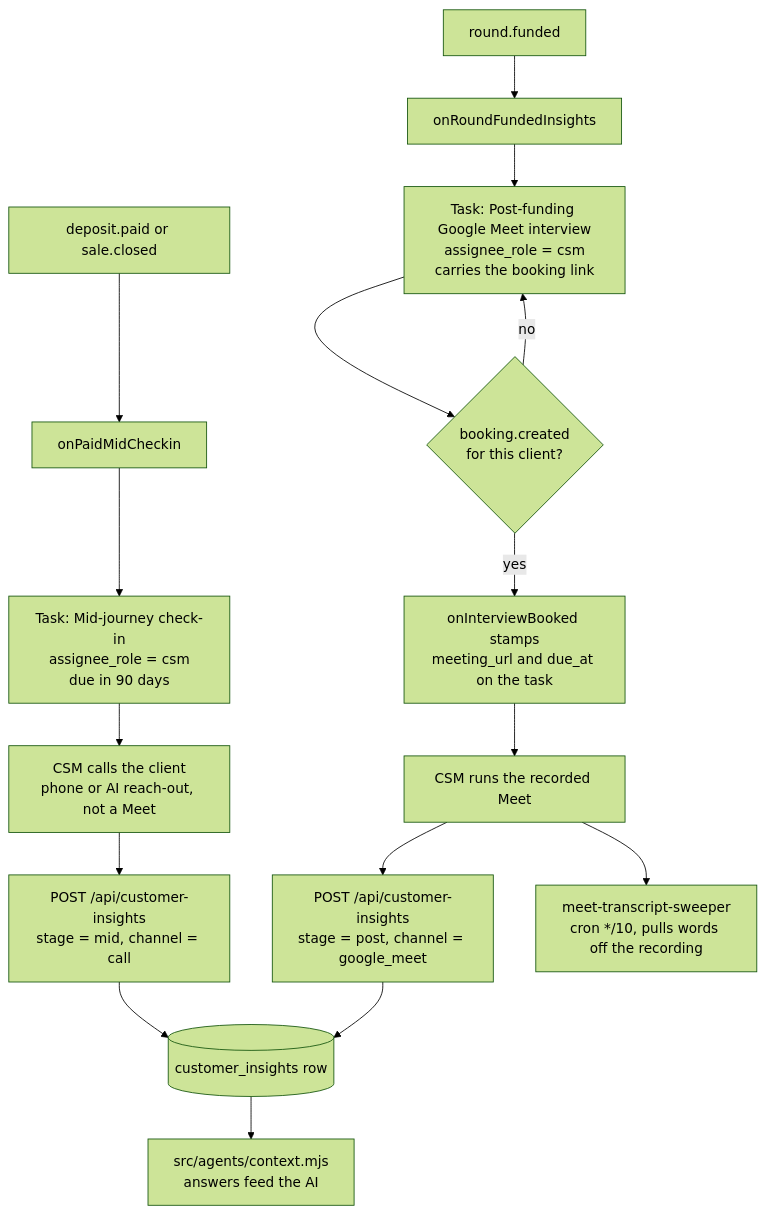
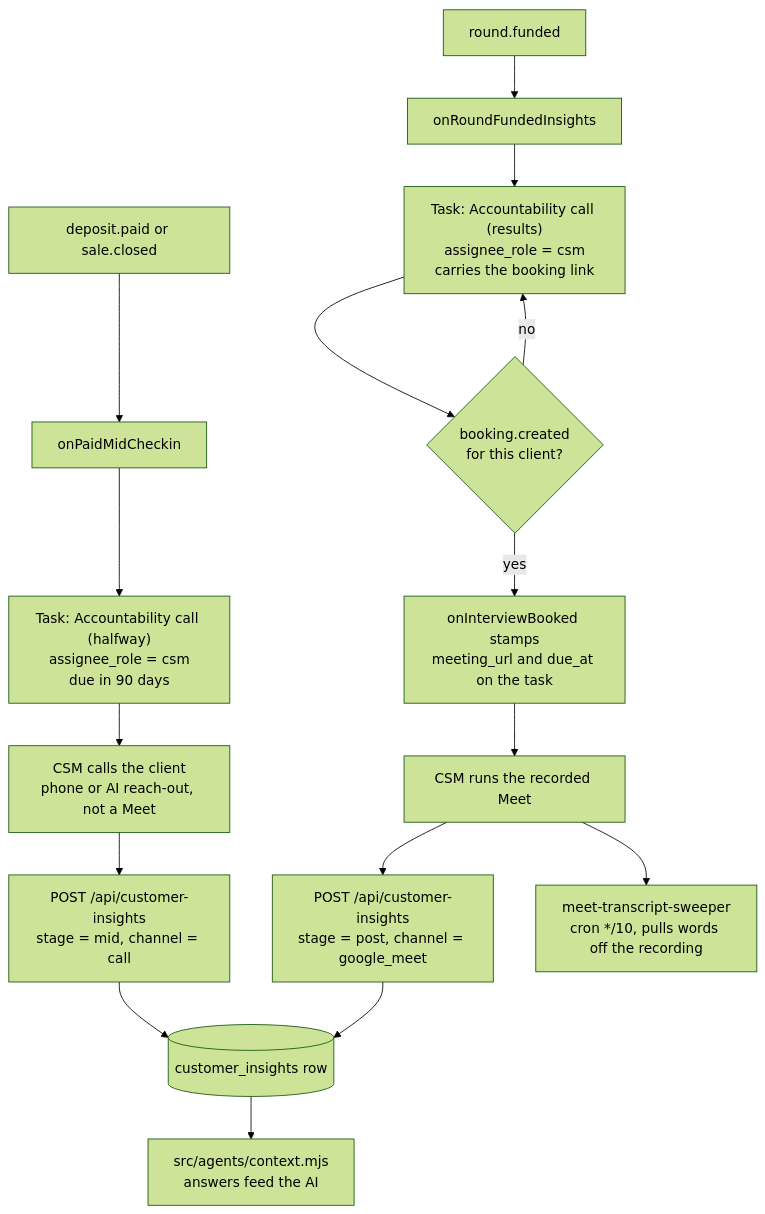
One commit to ZootimusMaximusSupreme/Fundhub_ai changed the first of 3 diagrams in docs/journeys/role-csm-actual.md. Above: the diagram before and after it, drawn with Mermaid (forest theme). The commit also changed other lines of this file and 5 other files, not shown here.

````diff
--- a/docs/journeys/role-csm-actual.md
+++ b/docs/journeys/role-csm-actual.md
@@ -25,20 +25,20 @@
 ```mermaid
 flowchart TD
     A[deposit.paid or sale.closed] --> B[onPaidMidCheckin]
-    B --> C["Task: Mid-journey check-in<br/>assignee_role = csm<br/>due in 90 days"]
+    B --> C["Task: Accountability call (halfway)<br/>assignee_role = csm<br/>due in 90 days"]
     C --> D[CSM calls the client<br/>phone or AI reach-out, not a Meet]
 
     E[round.funded] --> F[onRoundFundedInsights]
-    F --> G["Task: Post-funding Google Meet interview<br/>assignee_role = csm<br/>carries the booking link"]
+    F --> G["Task: Accountability call (results)<br/>assignee_role = csm<br/>carries the booking link"]
     G --> H{booking.created<br/>for this client?}
     H -->|yes| I[onInterviewBooked stamps<br/>meeting_url and due_at on the task]
     H -->|no| G
     I --> J[CSM runs the recorded Meet]
 
     D --> K["POST /api/customer-insights<br/>stage = mid, channel = call"]
     J --> L["POST /api/customer-insights<br/>stage = post, channel = google_meet"]
     K --> M[(customer_insights row)]
     L --> M
     M --> N[src/agents/context.mjs<br/>answers feed the AI]
     J --> O[meet-transcript-sweeper<br/>cron */10, pulls words off the recording]
 ```
````
